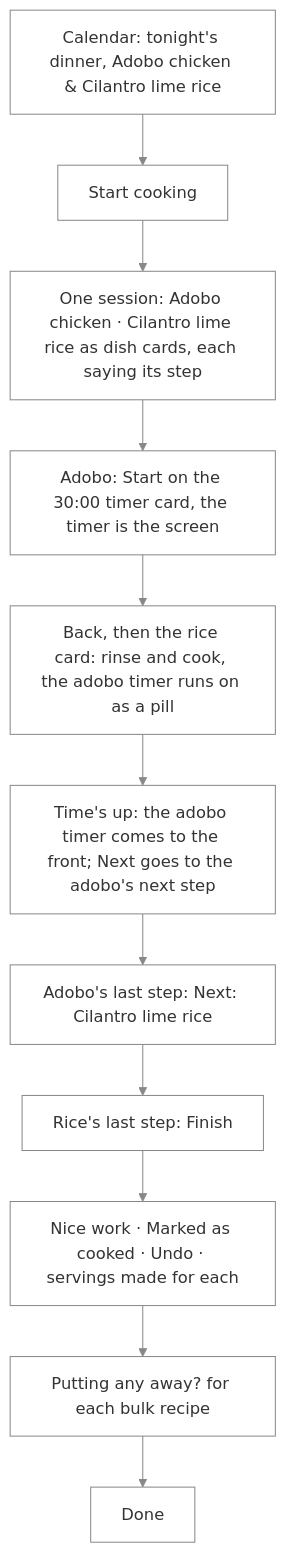
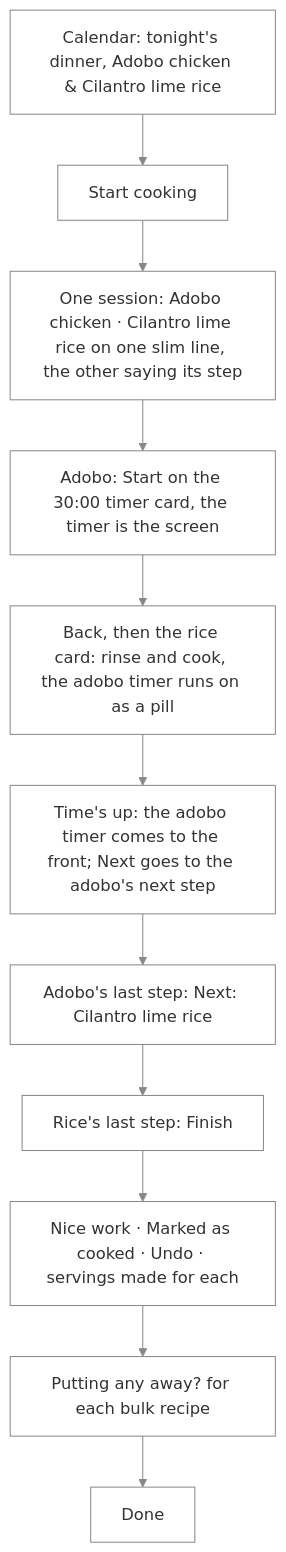
One commit to NovaMoonX/moondreams-dev-apps changed diagram 50 of 60 in src/apps/pinch/UX.md. Above: the diagram before and after it, drawn with Mermaid. The commit also changed other lines of this file and 76 other files, not shown here.

````diff
--- a/src/apps/pinch/UX.md
+++ b/src/apps/pinch/UX.md
@@ -1559,10 +1596,10 @@
 ```mermaid
 %%{init: {'theme': 'base', 'themeVariables': {'primaryColor': 'transparent', 'clusterBkg': 'transparent', 'primaryBorderColor': '#888888', 'clusterBorder': '#888888', 'lineColor': '#888888', 'primaryTextColor': '#333333'}}}%%
 flowchart TD
     A["Calendar: tonight's dinner, Adobo chicken & Cilantro lime rice"] --> B["Start cooking"]
-    B --> C["One session: Adobo chicken · Cilantro lime rice as dish cards, each saying its step"]
+    B --> C["One session: Adobo chicken · Cilantro lime rice on one slim line, the other saying its step"]
     C --> D["Adobo: Start on the 30:00 timer card, the timer is the screen"] --> E["Back, then the rice card: rinse and cook, the adobo timer runs on as a pill"]
     E --> F["Time's up: the adobo timer comes to the front; Next goes to the adobo's next step"] --> G["Adobo's last step: Next: Cilantro lime rice"]
     G --> H["Rice's last step: Finish"] --> I["Nice work · Marked as cooked · Undo · servings made for each"]
     I --> J["Putting any away? for each bulk recipe"] --> K["Done"]
 ```
````
